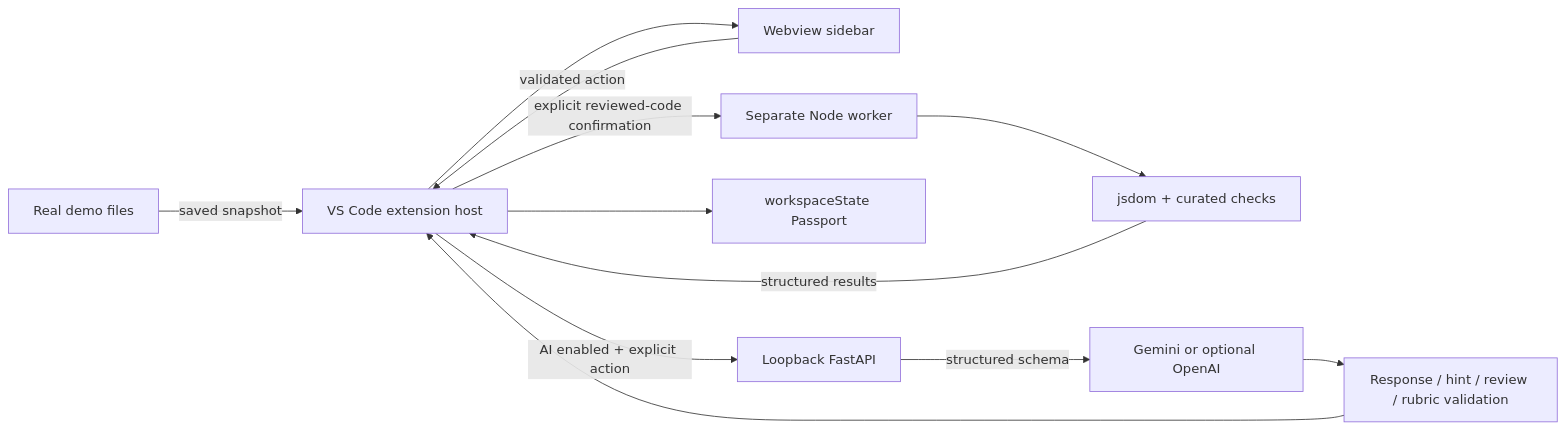
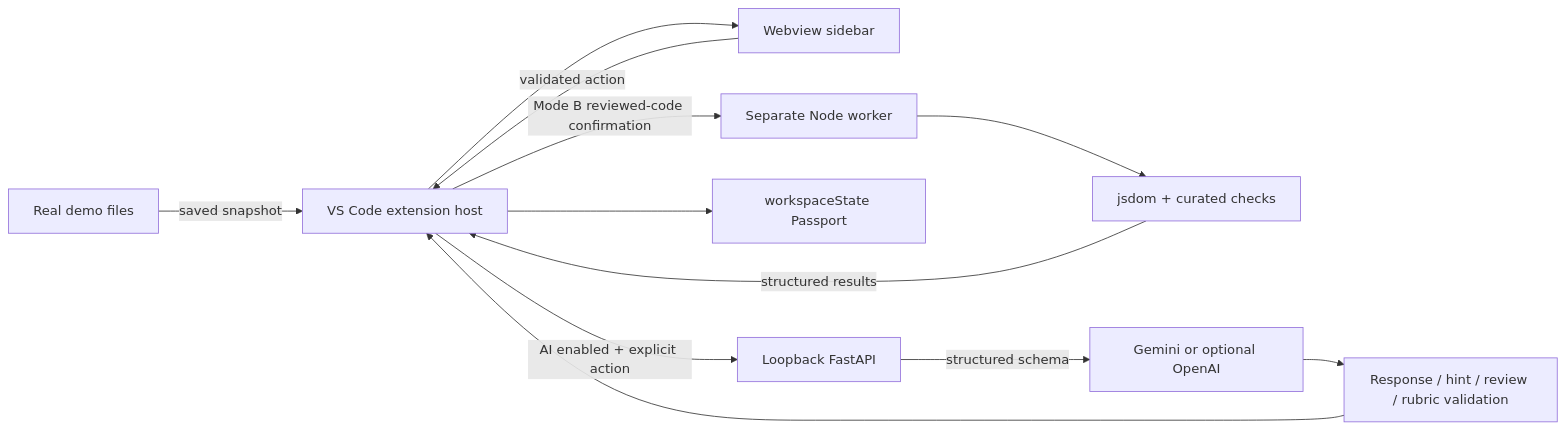
Before and after one commit to adarshsp18/codesense-ai: the diagram in docs/ARCHITECTURE.md, drawn with Mermaid. The commit also changed other lines of this file and 5 other files, not shown here.

````diff
--- a/docs/ARCHITECTURE.md
+++ b/docs/ARCHITECTURE.md
@@ -5,14 +5,14 @@
 ```mermaid
 flowchart LR
     Editor[Real demo files] -->|saved snapshot| Host[VS Code extension host]
     UI[Webview sidebar] -->|validated action| Host
-    Host -->|explicit reviewed-code confirmation| Worker[Separate Node worker]
+    Host -->|Mode B reviewed-code confirmation| Worker[Separate Node worker]
     Worker --> Tests[jsdom + curated checks]
     Tests -->|structured results| Host
     Host --> Store[workspaceState Passport]
     Host -->|AI enabled + explicit action| API[Loopback FastAPI]
     API -->|structured schema| AI[Gemini or optional OpenAI]
     AI --> Validator[Response / hint / review / rubric validation]
     Validator --> Host
     Host --> UI
 ```
````
